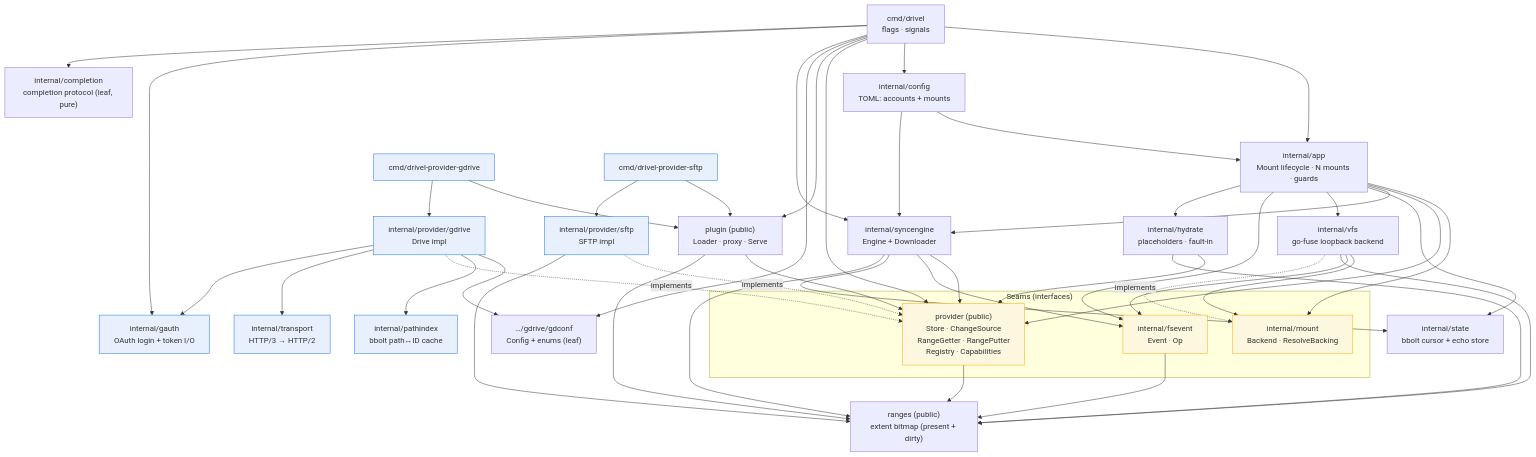
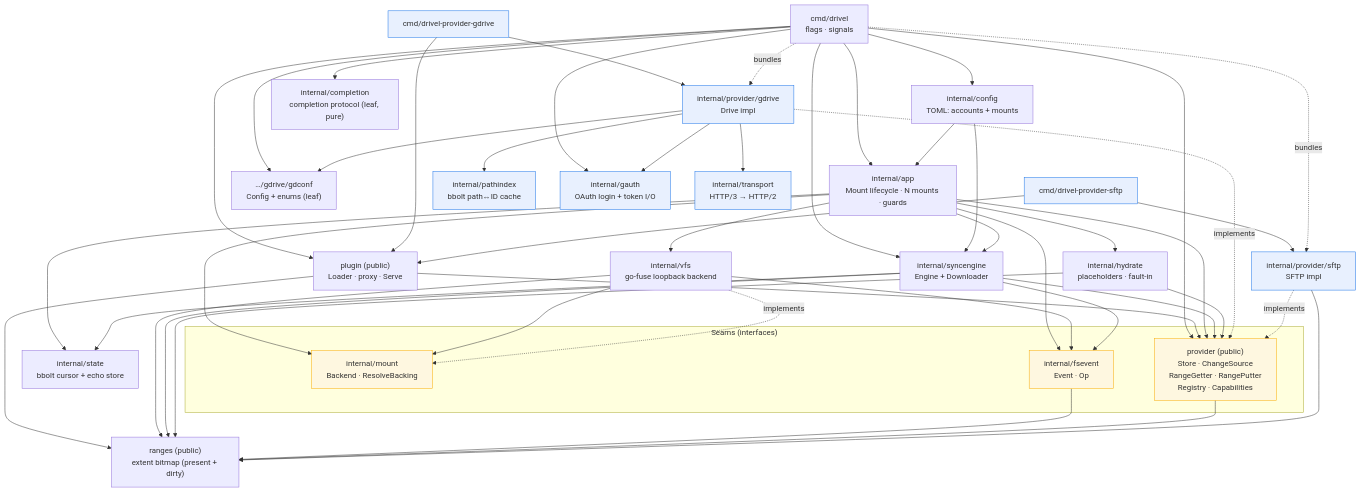
Before and after one commit to syshlted/drivel: the second of 2 diagrams in docs/dev/architecture.md, drawn with Mermaid. The commit also changed other lines of this file and 36 other files, not shown here.

```diff
--- a/docs/dev/architecture.md
+++ b/docs/dev/architecture.md
@@ -160,6 +160,9 @@
     sftpcmd --> sftppkg
     gdrive --> gdconf
 
+    main -.bundles.-> gdrive
+    main -.bundles.-> sftppkg
+
     config --> app
     config --> syncengine
 
```
